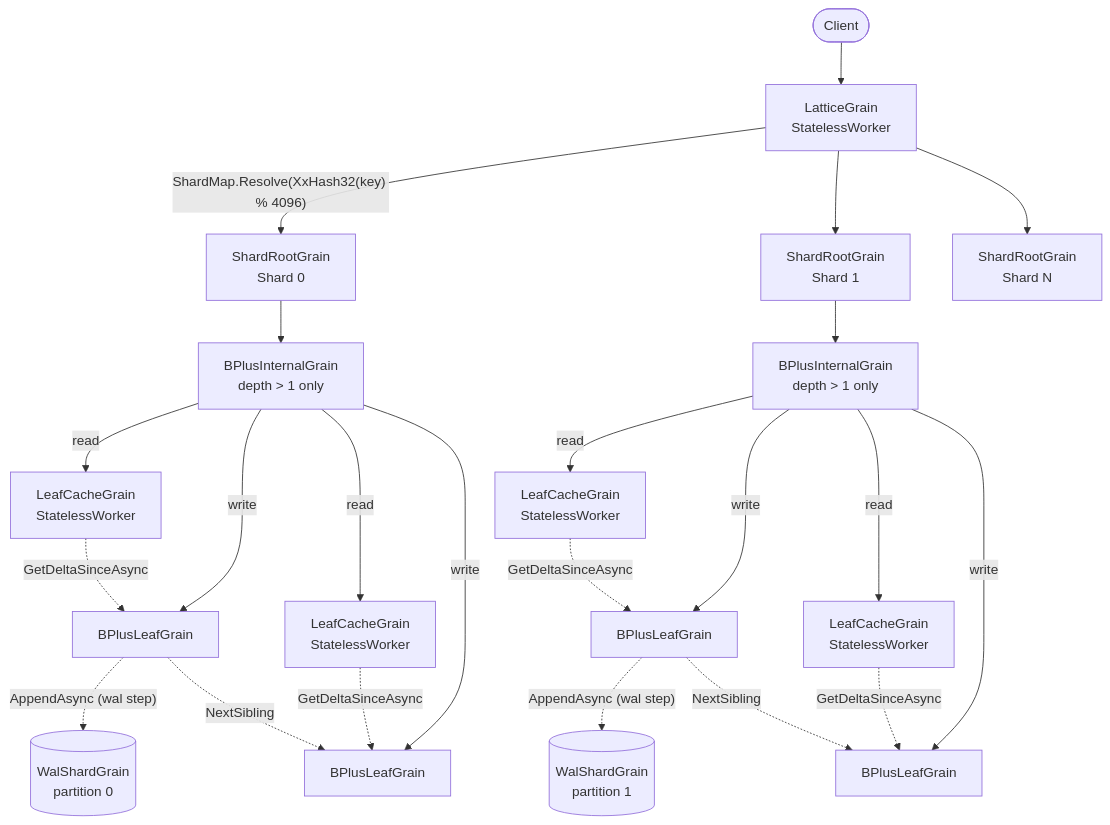
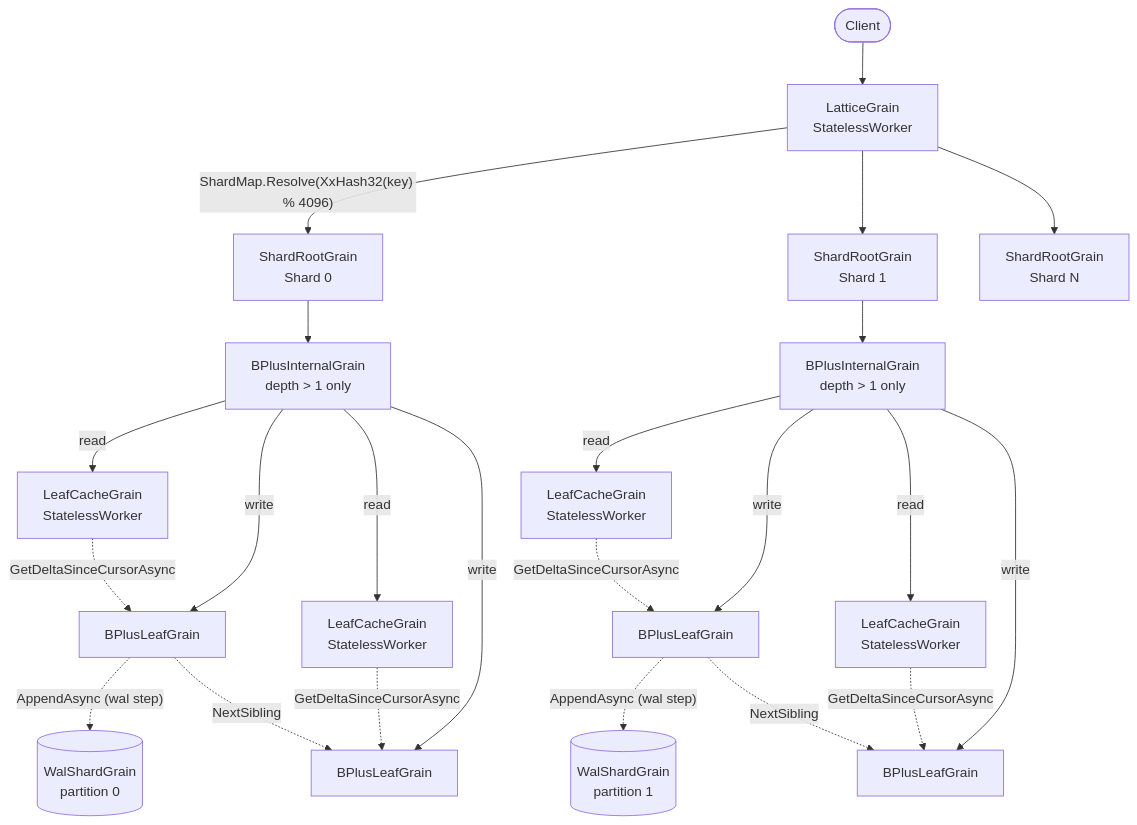
Before and after one commit to NSTA1/Orleans.Lattice: the first of 3 diagrams in docs/lattice/architecture.md, drawn with Mermaid. The commit also changed other lines of this file and 514 other files, not shown here.

````diff
--- a/docs/lattice/architecture.md
+++ b/docs/lattice/architecture.md
@@ -7,43 +7,43 @@
 ```mermaid
 flowchart TD
     Client([Client])
     SR[LatticeGrain<br/>StatelessWorker]
     S0[ShardRootGrain<br/>Shard 0]
     S1[ShardRootGrain<br/>Shard 1]
     SN[ShardRootGrain<br/>Shard N]
     I0[BPlusInternalGrain<br/>depth > 1 only]
     I1[BPlusInternalGrain<br/>depth > 1 only]
     C0[LeafCacheGrain<br/>StatelessWorker]
     C1[LeafCacheGrain<br/>StatelessWorker]
     C2[LeafCacheGrain<br/>StatelessWorker]
     C3[LeafCacheGrain<br/>StatelessWorker]
     L0[BPlusLeafGrain]
     L1[BPlusLeafGrain]
     L2[BPlusLeafGrain]
     L3[BPlusLeafGrain]
     W0[(WalShardGrain<br/>partition 0)]
     W1[(WalShardGrain<br/>partition 1)]
 
     Client --> SR
     SR -->|"ShardMap.Resolve(XxHash32(key) % 4096)"| S0
     SR --> S1
     SR --> SN
     S0 --> I0
     S1 --> I1
     I0 -->|read| C0
     I0 -->|read| C1
     I1 -->|read| C2
     I1 -->|read| C3
     I0 -->|write| L0
     I0 -->|write| L1
     I1 -->|write| L2
     I1 -->|write| L3
     L0 -. "AppendAsync (wal step)" .-> W0
     L2 -. "AppendAsync (wal step)" .-> W1
-    C0 -.->|"GetDeltaSinceAsync"| L0
-    C1 -.->|"GetDeltaSinceAsync"| L1
-    C2 -.->|"GetDeltaSinceAsync"| L2
-    C3 -.->|"GetDeltaSinceAsync"| L3
+    C0 -.->|"GetDeltaSinceCursorAsync"| L0
+    C1 -.->|"GetDeltaSinceCursorAsync"| L1
+    C2 -.->|"GetDeltaSinceCursorAsync"| L2
+    C3 -.->|"GetDeltaSinceCursorAsync"| L3
     L0 -. "NextSibling" .-> L1
     L2 -. "NextSibling" .-> L3
 ```
````
